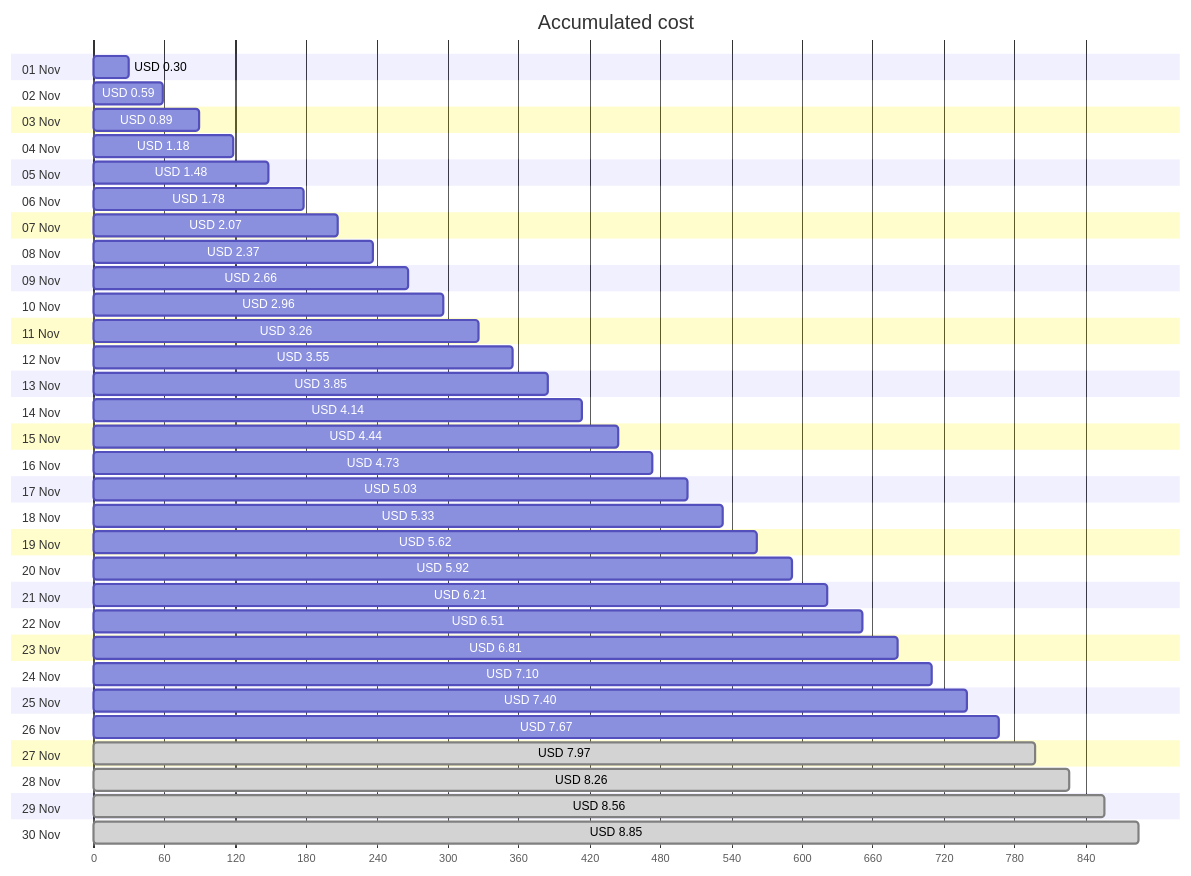
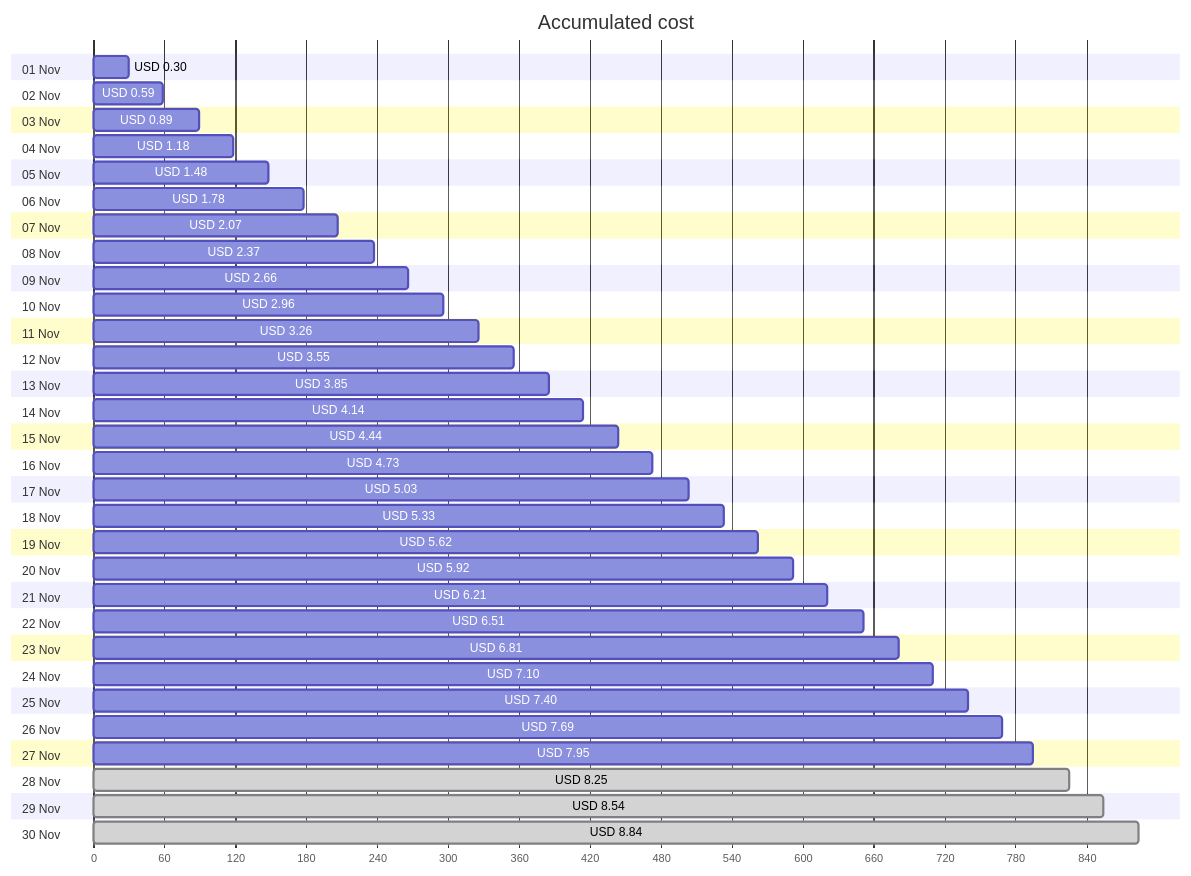
The first of 4 diagrams in cost-reports/personal-site/personal-site-preview.md (jpfulton/azure-personal-reports), drawn with Mermaid before and after one commit. The commit also changed other lines of this file and 6 other files, not shown here.

````diff
--- a/cost-reports/personal-site/personal-site-preview.md
+++ b/cost-reports/personal-site/personal-site-preview.md
@@ -20,66 +20,66 @@
 ```mermaid
 gantt
    title Accumulated cost
    dateFormat  X
    axisFormat %s
    section 01 Nov
    USD 0.30 :0, 30
    section 02 Nov
    USD 0.59 :0, 59
    section 03 Nov
    USD 0.89 :0, 89
    section 04 Nov
    USD 1.18 :0, 118
    section 05 Nov
    USD 1.48 :0, 148
    section 06 Nov
    USD 1.78 :0, 178
    section 07 Nov
    USD 2.07 :0, 207
    section 08 Nov
    USD 2.37 :0, 237
    section 09 Nov
    USD 2.66 :0, 266
    section 10 Nov
    USD 2.96 :0, 296
    section 11 Nov
    USD 3.26 :0, 326
    section 12 Nov
    USD 3.55 :0, 355
    section 13 Nov
    USD 3.85 :0, 385
    section 14 Nov
    USD 4.14 :0, 414
    section 15 Nov
    USD 4.44 :0, 444
    section 16 Nov
    USD 4.73 :0, 473
    section 17 Nov
    USD 5.03 :0, 503
    section 18 Nov
    USD 5.33 :0, 533
    section 19 Nov
    USD 5.62 :0, 562
    section 20 Nov
    USD 5.92 :0, 592
    section 21 Nov
    USD 6.21 :0, 621
    section 22 Nov
    USD 6.51 :0, 651
    section 23 Nov
    USD 6.81 :0, 681
    section 24 Nov
    USD 7.10 :0, 710
    section 25 Nov
    USD 7.40 :0, 740
    section 26 Nov
-   USD 7.67 :0, 767
+   USD 7.69 :0, 769
    section 27 Nov
-   USD 7.97 : done, 0, 797
+   USD 7.95 :0, 795
    section 28 Nov
-   USD 8.26 : done, 0, 826
+   USD 8.25 : done, 0, 825
    section 29 Nov
-   USD 8.56 : done, 0, 856
+   USD 8.54 : done, 0, 854
    section 30 Nov
-   USD 8.85 : done, 0, 885
+   USD 8.84 : done, 0, 884
 ```
````
